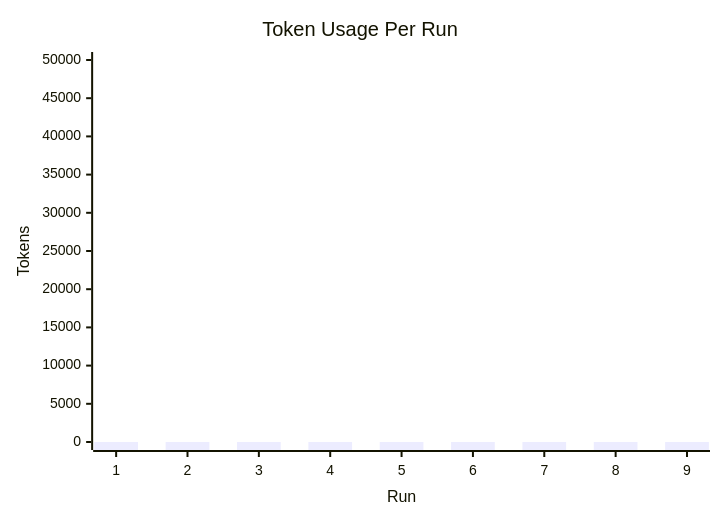
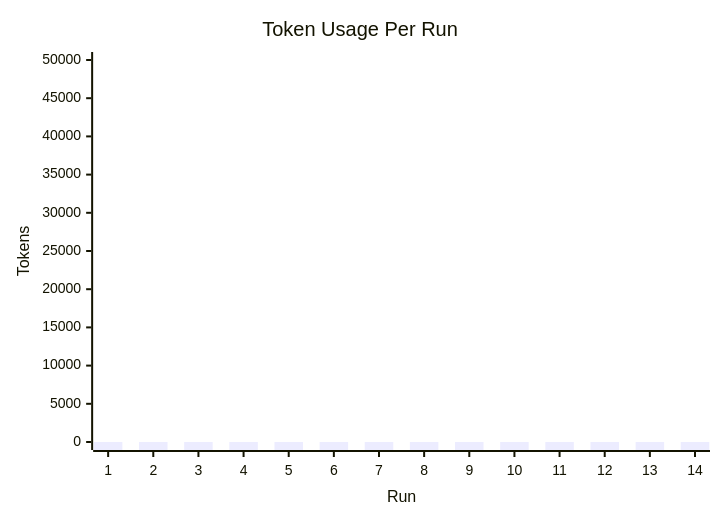
One commit to Jit-Paul-2008/Hexamind changed the second of 2 diagrams in reports-versioned/aggregated/run-results-dashboard.md. Above: the diagram before and after it, drawn with Mermaid. The commit also changed other lines of this file and 67 other files, not shown here.

````diff
--- a/reports-versioned/aggregated/run-results-dashboard.md
+++ b/reports-versioned/aggregated/run-results-dashboard.md
@@ -23,7 +23,7 @@
 ```mermaid
 xychart-beta
     title "Token Usage Per Run"
-    x-axis "Run" [1, 2, 3, 4, 5, 6, 7, 8, 9]
+    x-axis "Run" [1, 2, 3, 4, 5, 6, 7, 8, 9, 10, 11, 12, 13, 14]
     y-axis "Tokens" 0 --> 50000
-    bar "TokensUsed" [0, 0, 0, 0, 0, 0, 0, 0, 0]
+    bar "TokensUsed" [0, 0, 0, 0, 0, 0, 0, 0, 0, 0, 0, 0, 0, 0]
 ```
````
